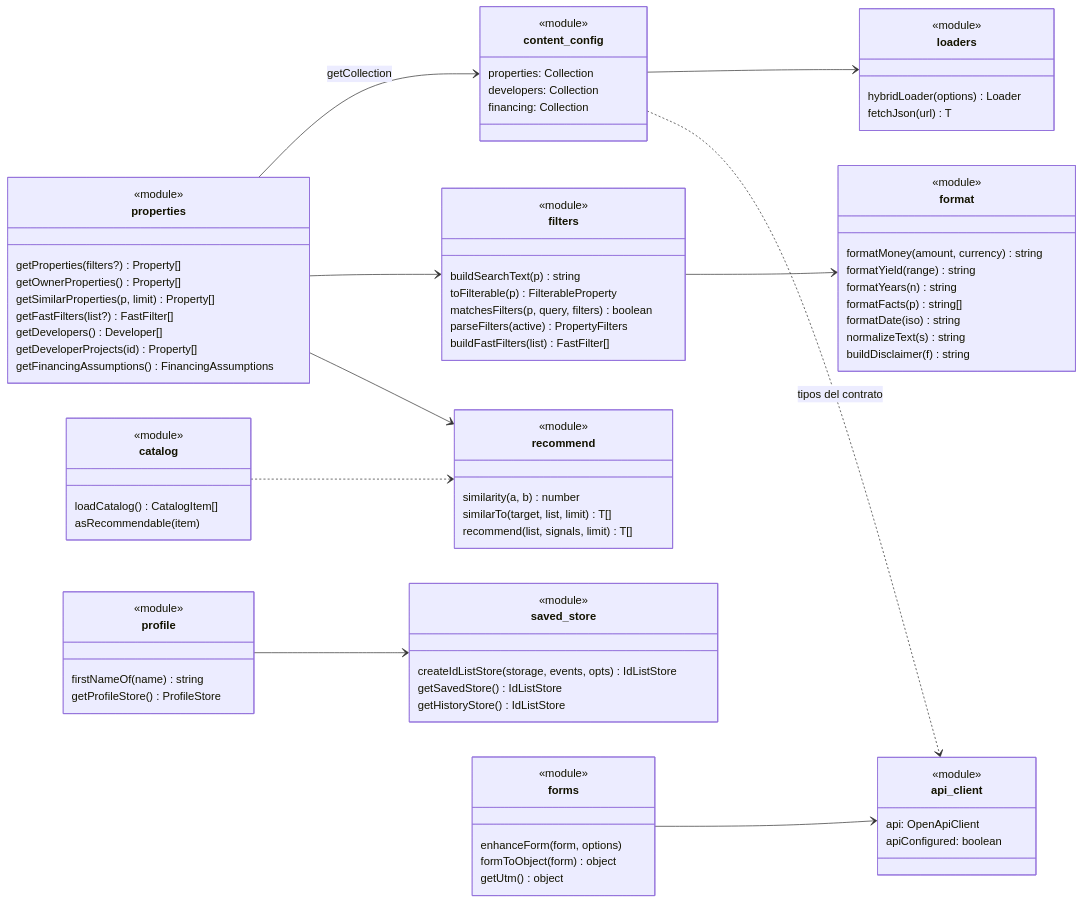
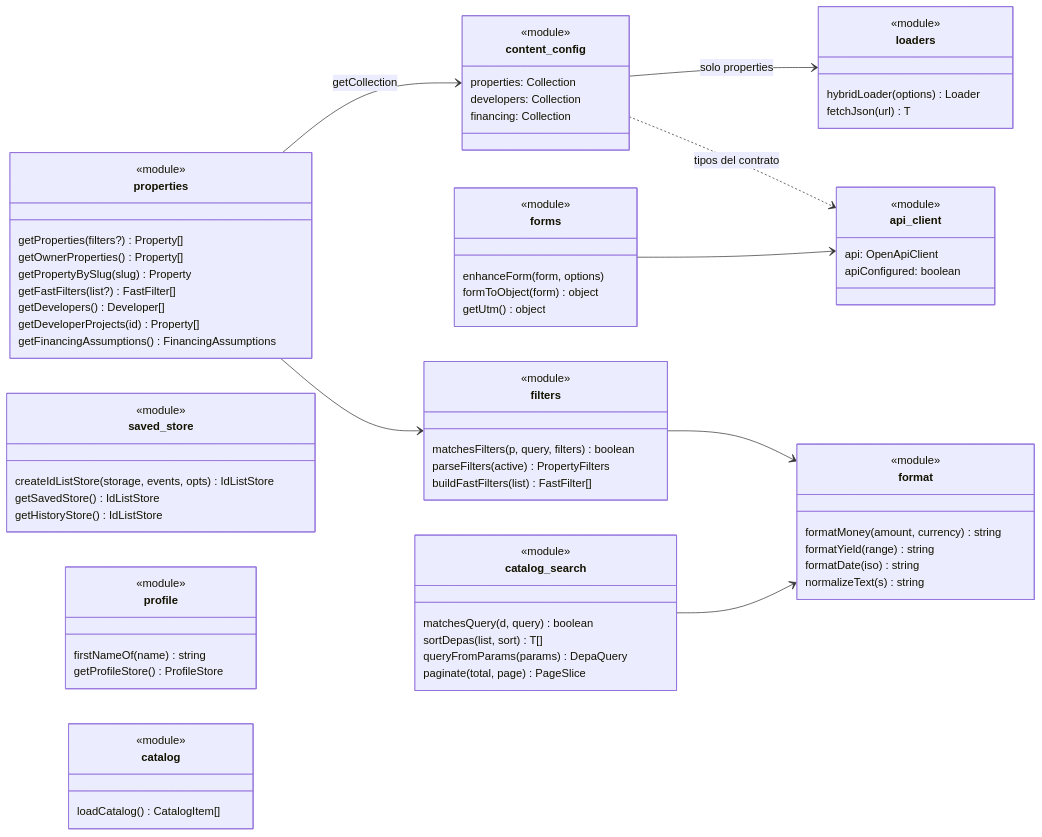
One commit to samirharrytl/DHC_landing changed the first of 2 diagrams in docs/plataforma/02-frontend.md. Above: the diagram before and after it, drawn with Mermaid. The commit also changed other lines of this file and 94 other files, not shown here.

````diff
--- a/docs/plataforma/02-frontend.md
+++ b/docs/plataforma/02-frontend.md
@@ -50,7 +52,7 @@
         <<module>>
         getProperties(filters?) Property[]
         getOwnerProperties() Property[]
-        getSimilarProperties(p, limit) Property[]
+        getPropertyBySlug(slug) Property
         getFastFilters(list?) FastFilter[]
         getDevelopers() Developer[]
         getDeveloperProjects(id) Property[]
@@ -58,27 +60,23 @@
     }
     class filters {
         <<module>>
-        buildSearchText(p) string
-        toFilterable(p) FilterableProperty
         matchesFilters(p, query, filters) boolean
         parseFilters(active) PropertyFilters
         buildFastFilters(list) FastFilter[]
     }
-    class recommend {
+    class catalog_search {
         <<module>>
-        similarity(a, b) number
-        similarTo(target, list, limit) T[]
-        recommend(list, signals, limit) T[]
+        matchesQuery(d, query) boolean
+        sortDepas(list, sort) T[]
+        queryFromParams(params) DepaQuery
+        paginate(total, page) PageSlice
     }
     class format {
         <<module>>
         formatMoney(amount, currency) string
         formatYield(range) string
-        formatYears(n) string
-        formatFacts(p) string[]
         formatDate(iso) string
         normalizeText(s) string
-        buildDisclaimer(f) string
     }
     class saved_store {
         <<module>>
@@ -105,16 +103,13 @@
     class catalog {
         <<module>>
         loadCatalog() CatalogItem[]
-        asRecommendable(item)
     }
 
-    content_config --> loaders
+    content_config --> loaders : solo properties
     content_config ..> api_client : tipos del contrato
     properties --> content_config : getCollection
     properties --> filters
-    properties --> recommend
     filters --> format
+    catalog_search --> format
     forms --> api_client
-    profile --> saved_store
-    catalog ..> recommend
 ```
````
